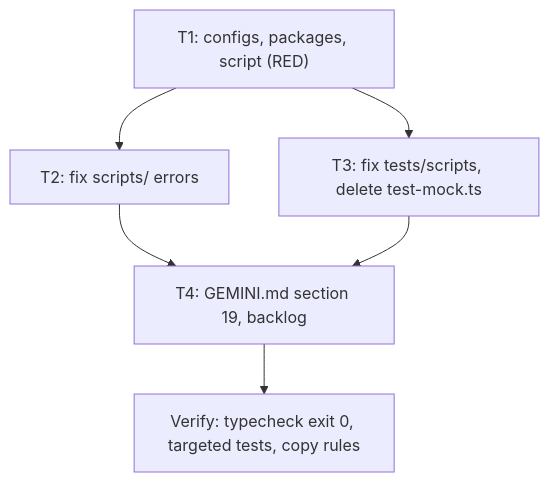
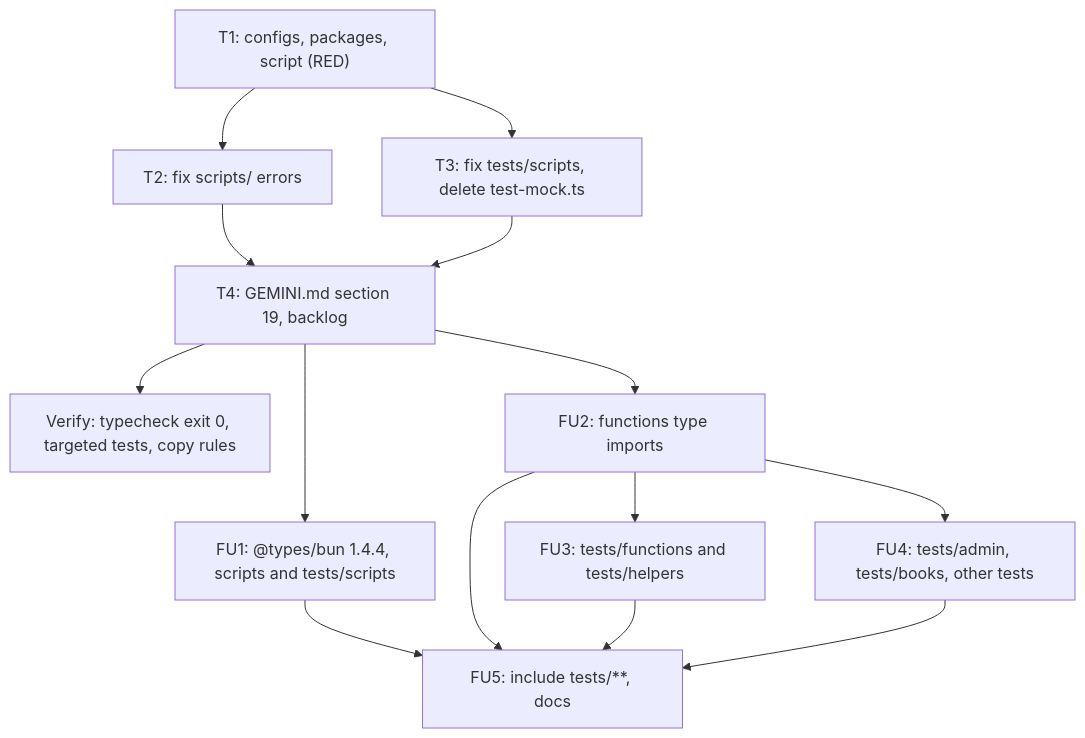
The diagram in docs/code-plan/plans/2026-10-30-dawnbook-typecheck.md (belajarcarabelajar/dawnbook), drawn with Mermaid before and after one commit. The commit also changed other lines of this file and 2 other files, not shown here.

````diff
--- a/docs/code-plan/plans/2026-10-30-dawnbook-typecheck.md
+++ b/docs/code-plan/plans/2026-10-30-dawnbook-typecheck.md
@@ -99,10 +163,18 @@
 ```mermaid
 flowchart TD
     accTitle: Dawnbook typecheck tasks
     accDescr: The configs and packages come first and make the typecheck fail on the known errors, the scripts and the test fixes follow in parallel, and the docs close once the typecheck exits 0.
     T1["T1: configs, packages, script (RED)"] --> T2["T2: fix scripts/ errors"]
     T1 --> T3["T3: fix tests/scripts, delete test-mock.ts"]
     T2 --> T4["T4: GEMINI.md section 19, backlog"]
     T3 --> T4
     T4 --> V["Verify: typecheck exit 0, targeted tests, copy rules"]
+    T4 --> FU1["FU1: @types/bun 1.4.4, scripts and tests/scripts"]
+    T4 --> FU2["FU2: functions type imports"]
+    FU2 --> FU3["FU3: tests/functions and tests/helpers"]
+    FU2 --> FU4["FU4: tests/admin, tests/books, other tests"]
+    FU1 --> FU5["FU5: include tests/**, docs"]
+    FU2 --> FU5
+    FU3 --> FU5
+    FU4 --> FU5
 ```
````
